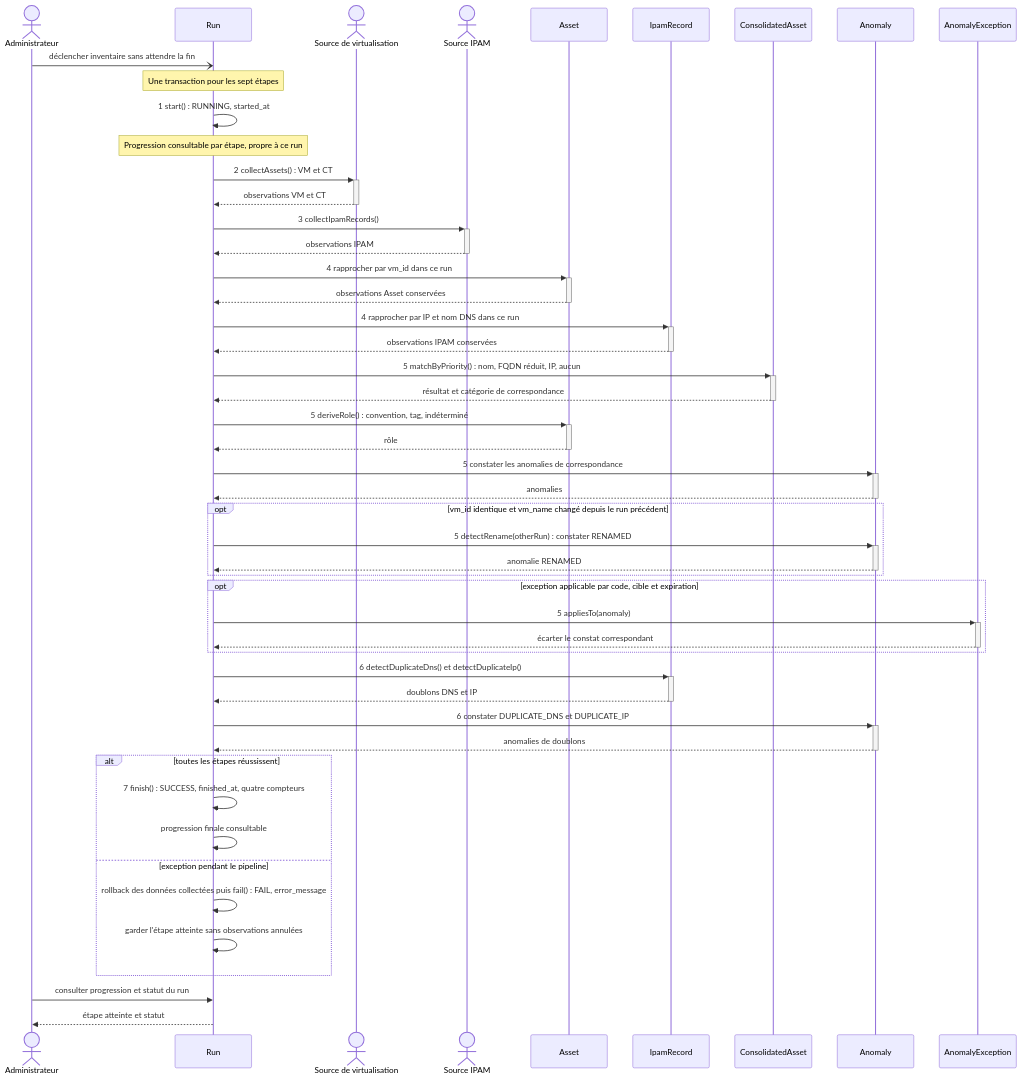
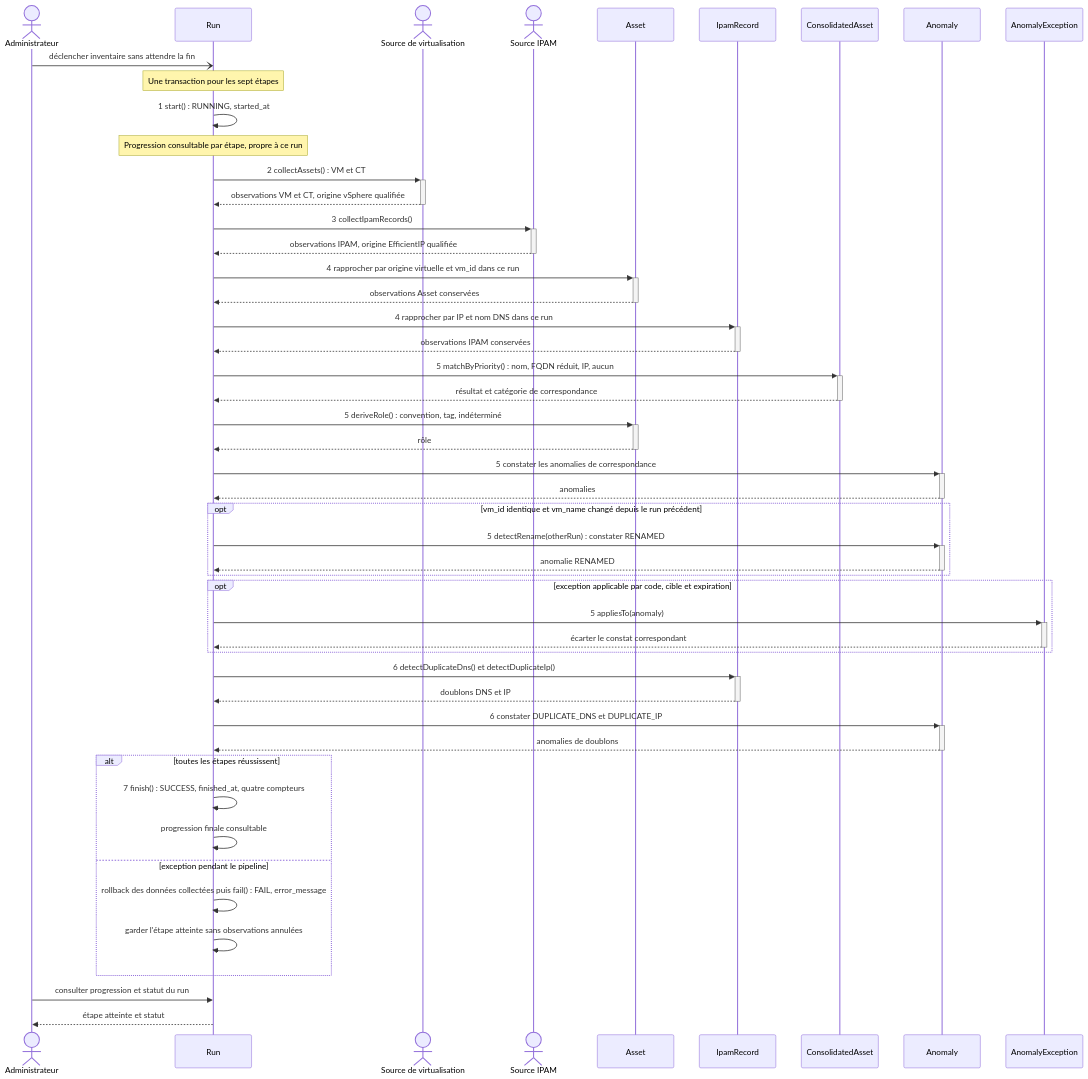
The first of 3 diagrams in docs/modele/sequences.md (Fr0gzilla/CloudInventory), drawn with Mermaid before and after one commit. The commit also changed other lines of this file and 9 other files, not shown here.

````diff
--- a/docs/modele/sequences.md
+++ b/docs/modele/sequences.md
@@ -5,51 +5,51 @@
 ```mermaid
 sequenceDiagram
     actor Administrateur
     participant Run
     actor Virtualisation as Source de virtualisation
     actor IPAM as Source IPAM
     participant Asset
     participant IpamRecord
     participant ConsolidatedAsset
     participant Anomaly
     participant AnomalyException
     Administrateur-)Run: déclencher inventaire sans attendre la fin
     Note over Run: Une transaction pour les sept étapes
     Run->>Run: 1 start() : RUNNING, started_at
     Note over Run: Progression consultable par étape, propre à ce run
     Run->>+Virtualisation: 2 collectAssets() : VM et CT
-    Virtualisation-->>-Run: observations VM et CT
+    Virtualisation-->>-Run: observations VM et CT, origine vSphere qualifiée
     Run->>+IPAM: 3 collectIpamRecords()
-    IPAM-->>-Run: observations IPAM
-    Run->>+Asset: 4 rapprocher par vm_id dans ce run
+    IPAM-->>-Run: observations IPAM, origine EfficientIP qualifiée
+    Run->>+Asset: 4 rapprocher par origine virtuelle et vm_id dans ce run
     Asset-->>-Run: observations Asset conservées
     Run->>+IpamRecord: 4 rapprocher par IP et nom DNS dans ce run
     IpamRecord-->>-Run: observations IPAM conservées
     Run->>+ConsolidatedAsset: 5 matchByPriority() : nom, FQDN réduit, IP, aucun
     ConsolidatedAsset-->>-Run: résultat et catégorie de correspondance
     Run->>+Asset: 5 deriveRole() : convention, tag, indéterminé
     Asset-->>-Run: rôle
     Run->>+Anomaly: 5 constater les anomalies de correspondance
     Anomaly-->>-Run: anomalies
     opt vm_id identique et vm_name changé depuis le run précédent
         Run->>+Anomaly: 5 detectRename(otherRun) : constater RENAMED
         Anomaly-->>-Run: anomalie RENAMED
     end
     opt exception applicable par code, cible et expiration
         Run->>+AnomalyException: 5 appliesTo(anomaly)
         AnomalyException-->>-Run: écarter le constat correspondant
     end
     Run->>+IpamRecord: 6 detectDuplicateDns() et detectDuplicateIp()
     IpamRecord-->>-Run: doublons DNS et IP
     Run->>+Anomaly: 6 constater DUPLICATE_DNS et DUPLICATE_IP
     Anomaly-->>-Run: anomalies de doublons
     alt toutes les étapes réussissent
         Run->>Run: 7 finish() : SUCCESS, finished_at, quatre compteurs
         Run->>Run: progression finale consultable
     else exception pendant le pipeline
         Run->>Run: rollback des données collectées puis fail() : FAIL, error_message
         Run->>Run: garder l'étape atteinte sans observations annulées
     end
     Administrateur->>Run: consulter progression et statut du run
     Run-->>Administrateur: étape atteinte et statut
 ```
````
